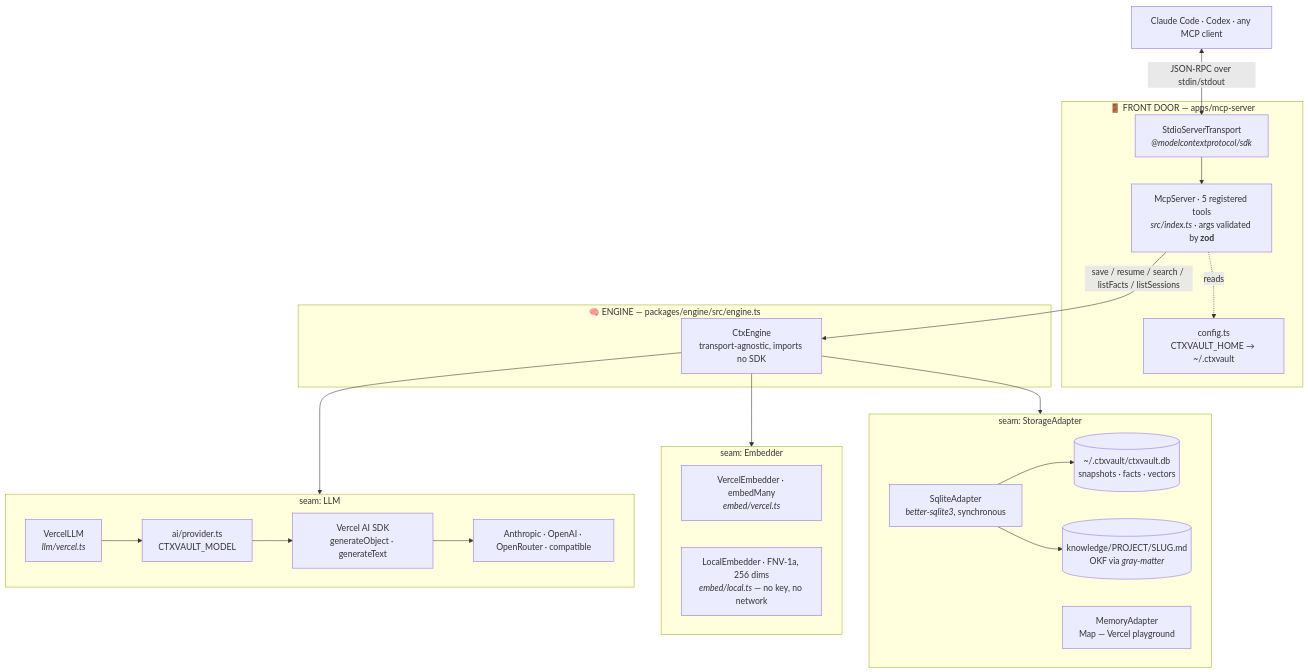
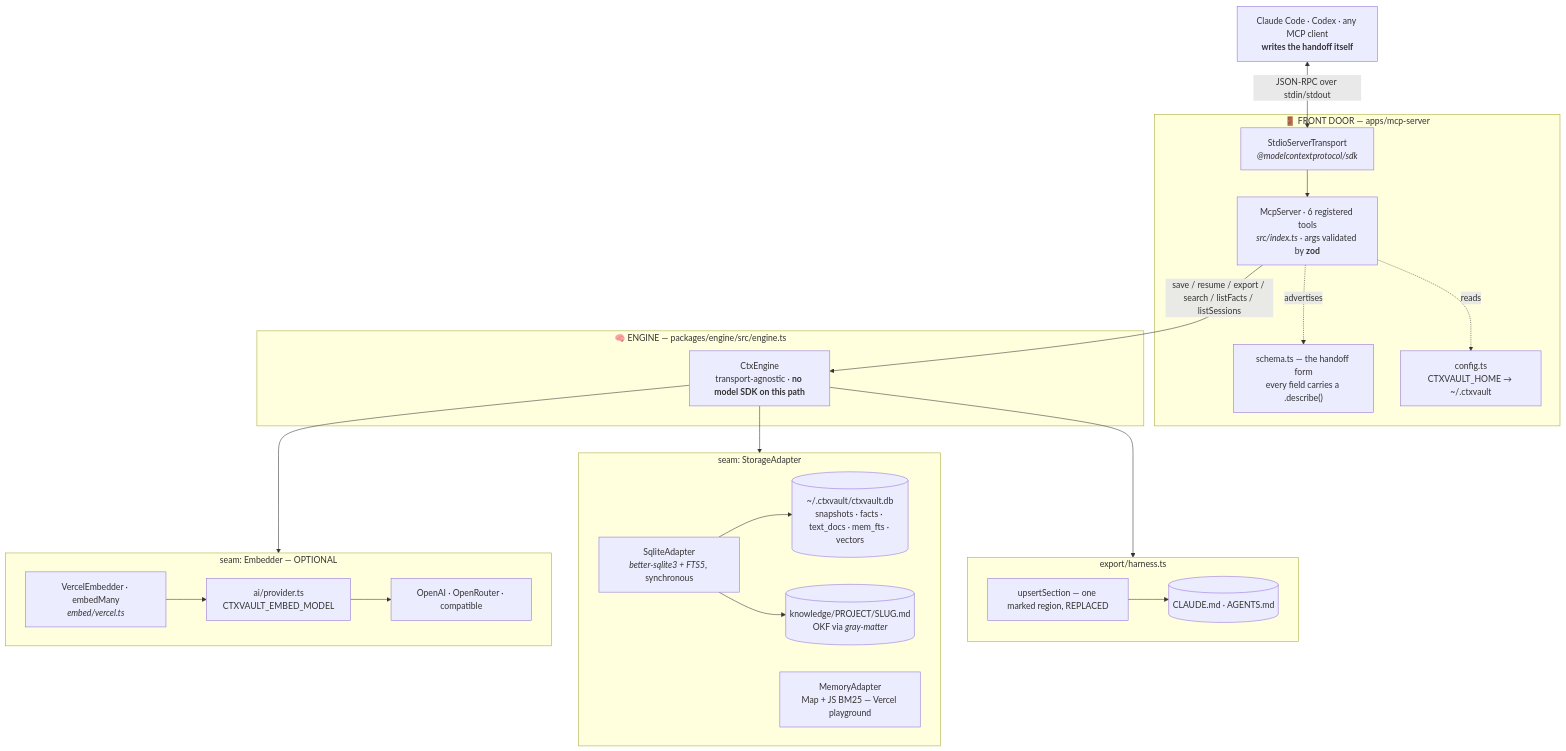
The first of 5 diagrams in docs/DATA-FLOW.md (maskfool/ctxvault), drawn with Mermaid before and after one commit. The commit also changed other lines of this file and 11 other files, not shown here.

````diff
--- a/docs/DATA-FLOW.md
+++ b/docs/DATA-FLOW.md
@@ -11,43 +11,43 @@
 ```mermaid
 flowchart TD
-    CLI["Claude Code · Codex · any MCP client"]
+    CLI["Claude Code · Codex · any MCP client<br/><b>writes the handoff itself</b>"]
 
     subgraph FRONT["🚪 FRONT DOOR — apps/mcp-server"]
         T["StdioServerTransport<br/><i>@modelcontextprotocol/sdk</i>"]
-        SRV["McpServer · 5 registered tools<br/><i>src/index.ts</i> · args validated by <b>zod</b>"]
+        SRV["McpServer · 6 registered tools<br/><i>src/index.ts</i> · args validated by <b>zod</b>"]
+        SCH["schema.ts — the handoff form<br/>every field carries a .describe()"]
         CFG["config.ts<br/>CTXVAULT_HOME → ~/.ctxvault"]
         T --> SRV
+        SRV -.advertises.-> SCH
         SRV -.reads.-> CFG
     end
 
     CLI <-->|"JSON-RPC over stdin/stdout"| T
-    SRV -->|"save / resume / search / listFacts / listSessions"| ENG
+    SRV -->|"save / resume / export / search / listFacts / listSessions"| ENG
 
     subgraph BRAIN["🧠 ENGINE — packages/engine/src/engine.ts"]
-        ENG["CtxEngine<br/>transport-agnostic, imports no SDK"]
+        ENG["CtxEngine<br/>transport-agnostic · <b>no model SDK on this path</b>"]
     end
 
-    ENG --> SEAM1
     ENG --> SEAM2
     ENG --> SEAM3
+    ENG --> EXP
 
-    subgraph SEAM1["seam: LLM"]
-        L1["VercelLLM<br/><i>llm/vercel.ts</i>"]
-        L2["ai/provider.ts<br/>CTXVAULT_MODEL"]
-        L3["Vercel AI SDK<br/>generateObject · generateText"]
-        L1 --> L2 --> L3
-        L3 --> LP["Anthropic · OpenAI · OpenRouter · compatible"]
-    end
-
-    subgraph SEAM2["seam: Embedder"]
+    subgraph SEAM2["seam: Embedder — OPTIONAL"]
         E1["VercelEmbedder · embedMany<br/><i>embed/vercel.ts</i>"]
-        E2["LocalEmbedder · FNV-1a, 256 dims<br/><i>embed/local.ts</i> — no key, no network"]
+        E2["ai/provider.ts<br/>CTXVAULT_EMBED_MODEL"]
+        E1 --> E2 --> EP["OpenAI · OpenRouter · compatible"]
     end
 
     subgraph SEAM3["seam: StorageAdapter"]
-        S1["SqliteAdapter<br/><i>better-sqlite3</i>, synchronous"]
-        S2["MemoryAdapter<br/>Map — Vercel playground"]
-        S1 --> DB[("~/.ctxvault/ctxvault.db<br/>snapshots · facts · vectors")]
+        S1["SqliteAdapter<br/><i>better-sqlite3 + FTS5</i>, synchronous"]
+        S2["MemoryAdapter<br/>Map + JS BM25 — Vercel playground"]
+        S1 --> DB[("~/.ctxvault/ctxvault.db<br/>snapshots · facts · text_docs · mem_fts · vectors")]
         S1 --> OKF[("knowledge/PROJECT/SLUG.md<br/>OKF via <i>gray-matter</i>")]
     end
+
+    subgraph EXP["export/harness.ts"]
+        X1["upsertSection — one marked region, REPLACED"]
+        X1 --> X2[("CLAUDE.md · AGENTS.md")]
+    end
 ```
````
